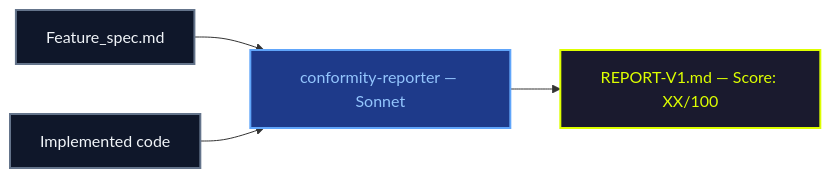
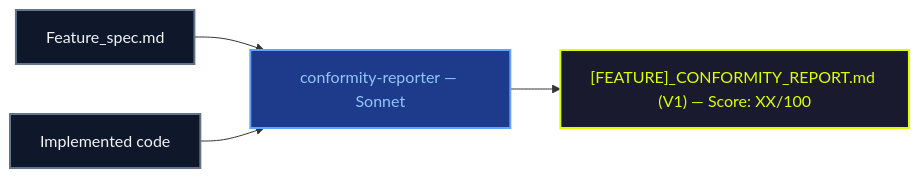
Before and after one commit to fondative/claude-code-ecosystem: diagram 12 of 15 in docs/en/guide/methodology.md, drawn with Mermaid. The commit also changed other lines of this file and 260 other files, not shown here.

````diff
--- a/docs/en/guide/methodology.md
+++ b/docs/en/guide/methodology.md
@@ -490,19 +518,19 @@
 ```mermaid
 graph LR
     SPEC["Feature_spec.md"]
     CODE["Implemented code"]
     CR["conformity-reporter — Sonnet"]
-    REPORT["REPORT-V1.md — Score: XX/100"]
+    REPORT["[FEATURE]_CONFORMITY_REPORT.md (V1) — Score: XX/100"]
 
     SPEC --> CR
     CODE --> CR
     CR --> REPORT
 
     classDef input fill:#0f172a,stroke:#64748b,stroke-width:2px,color:#f1f5f9
     classDef sonnet fill:#1e3a8a,stroke:#60a5fa,stroke-width:2px,color:#93c5fd
     classDef output fill:#1a1a2e,stroke:#ddff00,stroke-width:2px,color:#ddff00
 
     class SPEC,CODE input
     class CR sonnet
     class REPORT output
 ```
````
